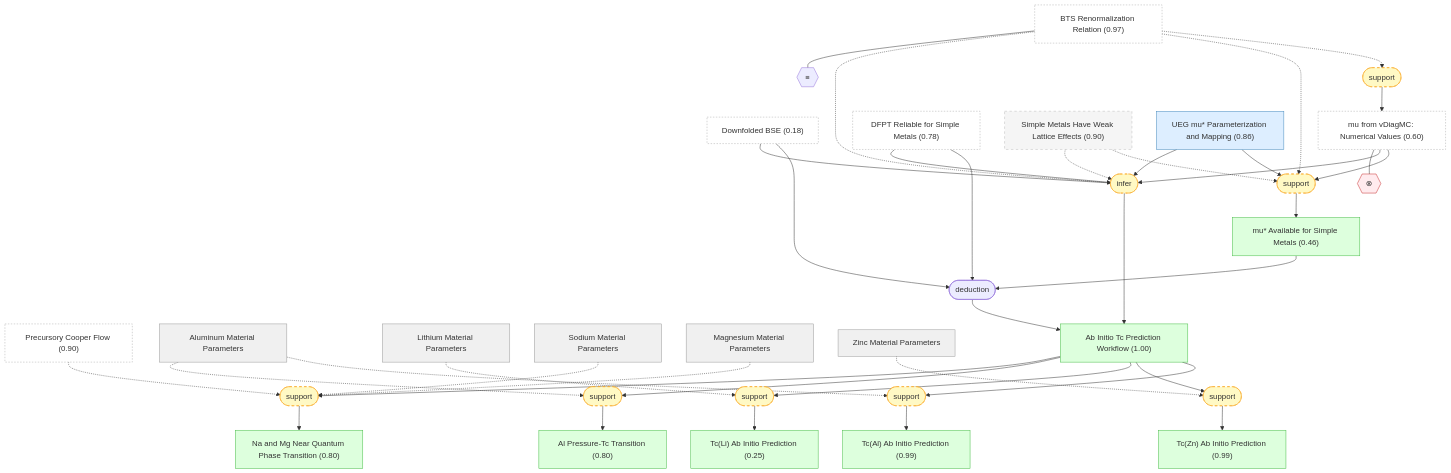
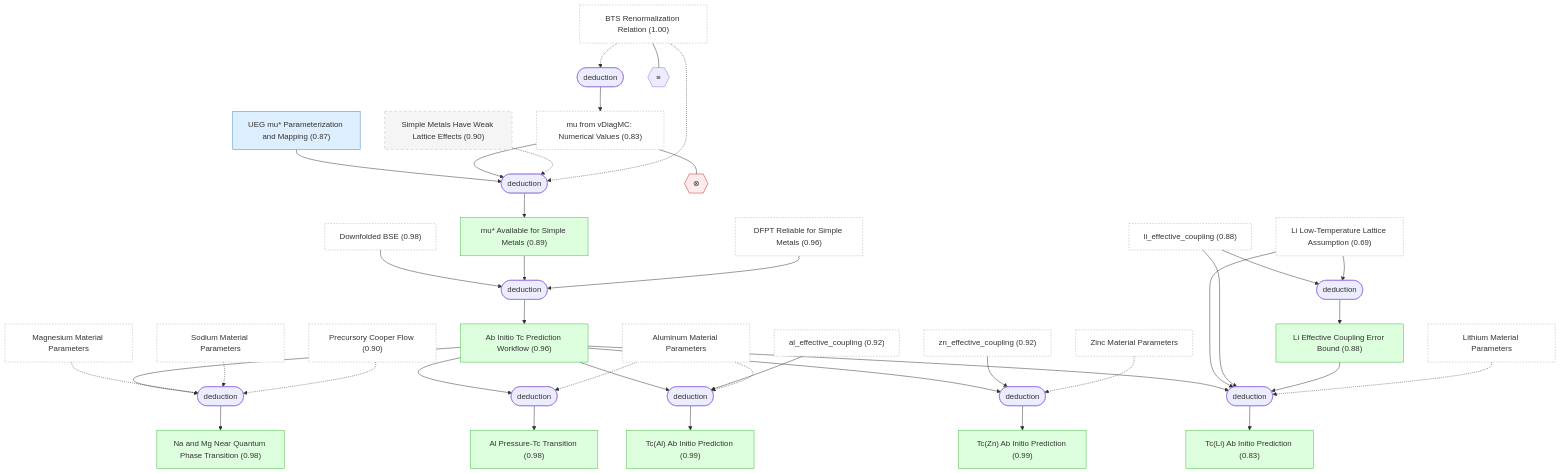
One commit to kunyuan/SuperconductivityElectronLiquids.gaia changed diagram 11 of 11 in docs/detailed-reasoning.md. Above: the diagram before and after it, drawn with Mermaid. The commit also changed other lines of this file and 244 other files, not shown here.

````diff
--- a/docs/detailed-reasoning.md
+++ b/docs/detailed-reasoning.md
@@ -805,68 +1064,74 @@
 ```mermaid
 graph TD
-    bts_renormalization["BTS Renormalization Relation (0.97)"]:::external
+    bts_renormalization["BTS Renormalization Relation (1.00)"]:::external
     precursory_cooper_flow["Precursory Cooper Flow (0.90)"]:::external
-    downfolded_bse["Downfolded BSE (0.18)"]:::external
-    mu_vdiagmc_values["mu from vDiagMC: Numerical Values (0.60)"]:::external
-    dfpt_reliable_for_simple_metals["DFPT Reliable for Simple Metals (0.78)"]:::external
-    aluminum_parameters["Aluminum Material Parameters"]:::setting
-    lithium_parameters["Lithium Material Parameters"]:::setting
-    sodium_parameters["Sodium Material Parameters"]:::setting
-    magnesium_parameters["Magnesium Material Parameters"]:::setting
-    zinc_parameters["Zinc Material Parameters"]:::setting
+    downfolded_bse["Downfolded BSE (0.98)"]:::external
+    mu_vdiagmc_values["mu from vDiagMC: Numerical Values (0.83)"]:::external
+    dfpt_reliable_for_simple_metals["DFPT Reliable for Simple Metals (0.96)"]:::external
+    aluminum_parameters["Aluminum Material Parameters"]:::external
+    al_effective_coupling["al_effective_coupling (0.92)"]:::external
+    lithium_parameters["Lithium Material Parameters"]:::external
+    li_effective_coupling["li_effective_coupling (0.88)"]:::external
+    li_low_temperature_lattice_assumption["Li Low-Temperature Lattice Assumption (0.69)"]:::external
+    sodium_parameters["Sodium Material Parameters"]:::external
+    magnesium_parameters["Magnesium Material Parameters"]:::external
+    zinc_parameters["Zinc Material Parameters"]:::external
+    zn_effective_coupling["zn_effective_coupling (0.92)"]:::external
     simple_metals_weak_lattice["Simple Metals Have Weak Lattice Effects (0.90)"]:::background
-    ueg_pseudopotential_parameterization["UEG mu#ast; Parameterization and Mapping (0.86)"]:::premise
-    ab_initio_workflow["Ab Initio Tc Prediction Workflow (1.00)"]:::derived
-    mu_available_for_simple_metals["mu#ast; Available for Simple Metals (0.46)"]:::derived
+    ueg_pseudopotential_parameterization["UEG mu#ast; Parameterization and Mapping (0.87)"]:::premise
+    li_effective_coupling_error_bounded["Li Effective Coupling Error Bound (0.88)"]:::derived
+    ab_initio_workflow["Ab Initio Tc Prediction Workflow (0.96)"]:::derived
+    mu_available_for_simple_metals["mu#ast; Available for Simple Metals (0.89)"]:::derived
     tc_al_predicted["Tc(Al) Ab Initio Prediction (0.99)"]:::derived
     tc_zn_predicted["Tc(Zn) Ab Initio Prediction (0.99)"]:::derived
-    tc_li_predicted["Tc(Li) Ab Initio Prediction (0.25)"]:::derived
-    al_pressure_transition["Al Pressure-Tc Transition (0.80)"]:::derived
-    tc_mg_na_near_qpt["Na and Mg Near Quantum Phase Transition (0.80)"]:::derived
-    strat_10(["support"]):::weak
+    tc_li_predicted["Tc(Li) Ab Initio Prediction (0.83)"]:::derived
+    al_pressure_transition["Al Pressure-Tc Transition (0.98)"]:::derived
+    tc_mg_na_near_qpt["Na and Mg Near Quantum Phase Transition (0.98)"]:::derived
+    strat_10(["deduction"])
     bts_renormalization -.-> strat_10
     strat_10 --> mu_vdiagmc_values
-    strat_18(["support"]):::weak
-    ueg_pseudopotential_parameterization --> strat_18
-    mu_vdiagmc_values --> strat_18
-    simple_metals_weak_lattice -.-> strat_18
-    bts_renormalization -.-> strat_18
-    strat_18 --> mu_available_for_simple_metals
-    strat_19(["deduction"])
-    downfolded_bse --> strat_19
-    mu_available_for_simple_metals --> strat_19
-    dfpt_reliable_for_simple_metals --> strat_19
-    strat_19 --> ab_initio_workflow
-    strat_20(["infer"]):::weak
-    downfolded_bse --> strat_20
-    mu_vdiagmc_values --> strat_20
-    dfpt_reliable_for_simple_metals --> strat_20
-    ueg_pseudopotential_parameterization --> strat_20
-    simple_metals_weak_lattice -.-> strat_20
-    bts_renormalization -.-> strat_20
-    strat_20 --> ab_initio_workflow
-    strat_21(["support"]):::weak
-    ab_initio_workflow --> strat_21
-    aluminum_parameters -.-> strat_21
-    strat_21 --> tc_al_predicted
-    strat_22(["support"]):::weak
-    ab_initio_workflow --> strat_22
-    zinc_parameters -.-> strat_22
-    strat_22 --> tc_zn_predicted
-    strat_23(["support"]):::weak
-    ab_initio_workflow --> strat_23
-    lithium_parameters -.-> strat_23
-    strat_23 --> tc_li_predicted
-    strat_24(["support"]):::weak
-    ab_initio_workflow --> strat_24
-    aluminum_parameters -.-> strat_24
-    strat_24 --> al_pressure_transition
-    strat_25(["support"]):::weak
-    ab_initio_workflow --> strat_25
-    magnesium_parameters -.-> strat_25
-    sodium_parameters -.-> strat_25
-    precursory_cooper_flow -.-> strat_25
-    strat_25 --> tc_mg_na_near_qpt
+    strat_24(["deduction"])
+    li_effective_coupling --> strat_24
+    li_low_temperature_lattice_assumption --> strat_24
+    strat_24 --> li_effective_coupling_error_bounded
+    strat_25(["deduction"])
+    ueg_pseudopotential_parameterization --> strat_25
+    mu_vdiagmc_values --> strat_25
+    simple_metals_weak_lattice -.-> strat_25
+    bts_renormalization -.-> strat_25
+    strat_25 --> mu_available_for_simple_metals
+    strat_26(["deduction"])
+    downfolded_bse --> strat_26
+    mu_available_for_simple_metals --> strat_26
+    dfpt_reliable_for_simple_metals --> strat_26
+    strat_26 --> ab_initio_workflow
+    strat_27(["deduction"])
+    ab_initio_workflow --> strat_27
+    al_effective_coupling --> strat_27
+    aluminum_parameters -.-> strat_27
+    strat_27 --> tc_al_predicted
+    strat_28(["deduction"])
+    ab_initio_workflow --> strat_28
+    zn_effective_coupling --> strat_28
+    zinc_parameters -.-> strat_28
+    strat_28 --> tc_zn_predicted
+    strat_29(["deduction"])
+    ab_initio_workflow --> strat_29
+    li_low_temperature_lattice_assumption --> strat_29
+    li_effective_coupling --> strat_29
+    li_effective_coupling_error_bounded --> strat_29
+    lithium_parameters -.-> strat_29
+    strat_29 --> tc_li_predicted
+    strat_30(["deduction"])
+    ab_initio_workflow --> strat_30
+    aluminum_parameters -.-> strat_30
+    strat_30 --> al_pressure_transition
+    strat_31(["deduction"])
+    ab_initio_workflow --> strat_31
+    magnesium_parameters -.-> strat_31
+    sodium_parameters -.-> strat_31
+    precursory_cooper_flow -.-> strat_31
+    strat_31 --> tc_mg_na_near_qpt
     oper_1{{"≡"}}
     bts_renormalization --- oper_1
     oper_2{{"⊗"}}:::contra
````
